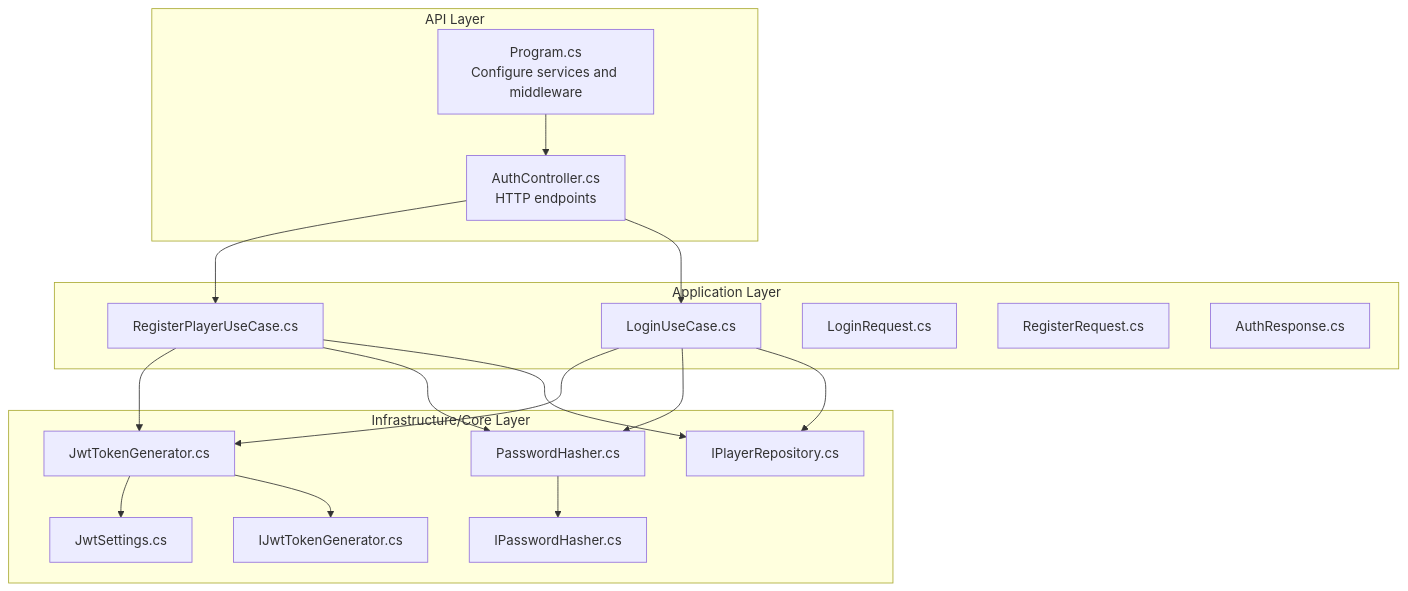
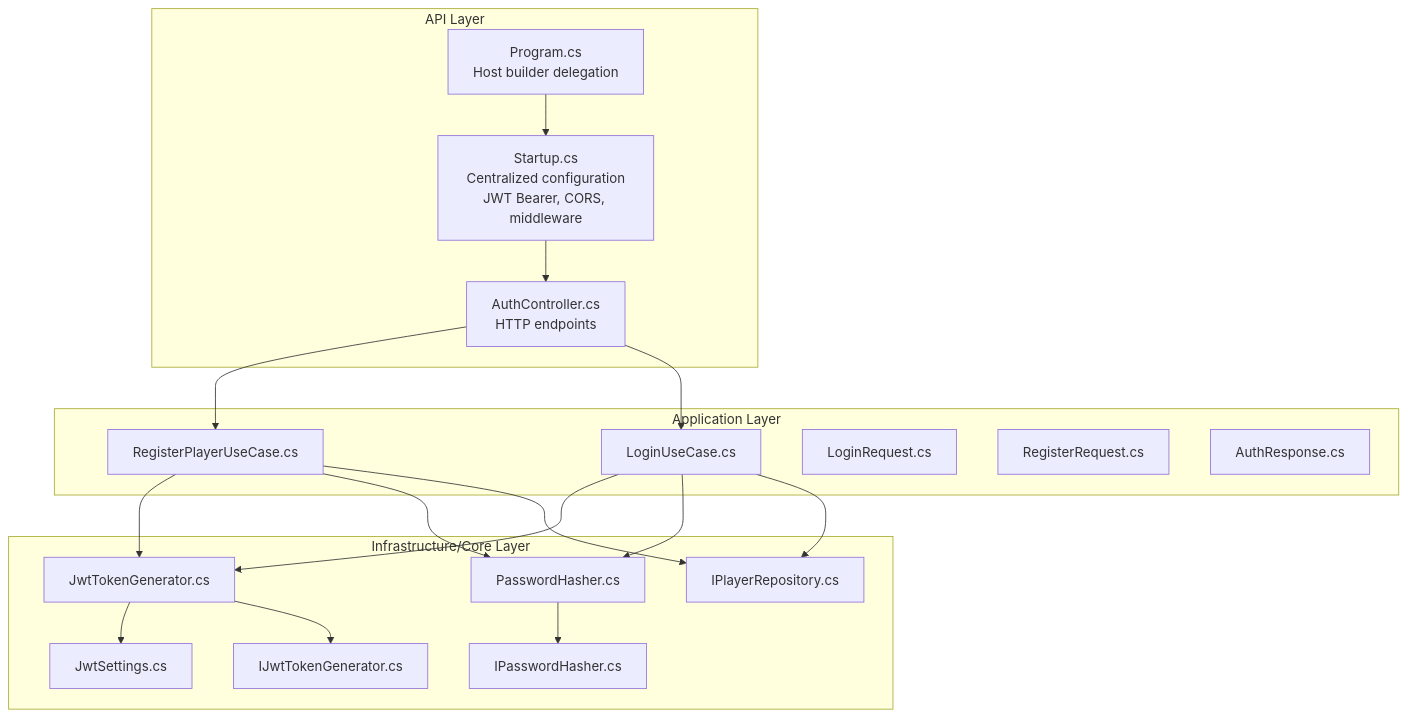
Before and after one commit to MuhammadFaizanQamar/game-backend-service: the first of 9 diagrams in .qoder/repowiki/en/content/Security Implementation/Authentication Middleware & Configuration.md, drawn with Mermaid. The commit also changed other lines of this file and 62 other files, not shown here.

````diff
--- a/.qoder/repowiki/en/content/Security Implementation/Authentication Middleware & Configuration.md
+++ b/.qoder/repowiki/en/content/Security Implementation/Authentication Middleware & Configuration.md
@@ -40,34 +48,36 @@
 ```mermaid
 graph TB
 subgraph "API Layer"
-P["Program.cs<br/>Configure services and middleware"]
+P["Program.cs<br/>Host builder delegation"]
+S["Startup.cs<br/>Centralized configuration<br/>JWT Bearer, CORS, middleware"]
 C["AuthController.cs<br/>HTTP endpoints"]
 end
 subgraph "Application Layer"
 RU["RegisterPlayerUseCase.cs"]
 LU["LoginUseCase.cs"]
 LR["LoginRequest.cs"]
 RR["RegisterRequest.cs"]
 AR["AuthResponse.cs"]
 end
 subgraph "Infrastructure/Core Layer"
 JSG["JwtTokenGenerator.cs"]
 JS["JwtSettings.cs"]
 PH["PasswordHasher.cs"]
 IPH["IPasswordHasher.cs"]
 IJTG["IJwtTokenGenerator.cs"]
 IPR["IPlayerRepository.cs"]
 end
-P --> C
+P --> S
+S --> C
 C --> RU
 C --> LU
 RU --> JSG
 LU --> JSG
 RU --> PH
 LU --> PH
 RU --> IPR
 LU --> IPR
 JSG --> JS
 JSG --> IJTG
 PH --> IPH
 ```
````
